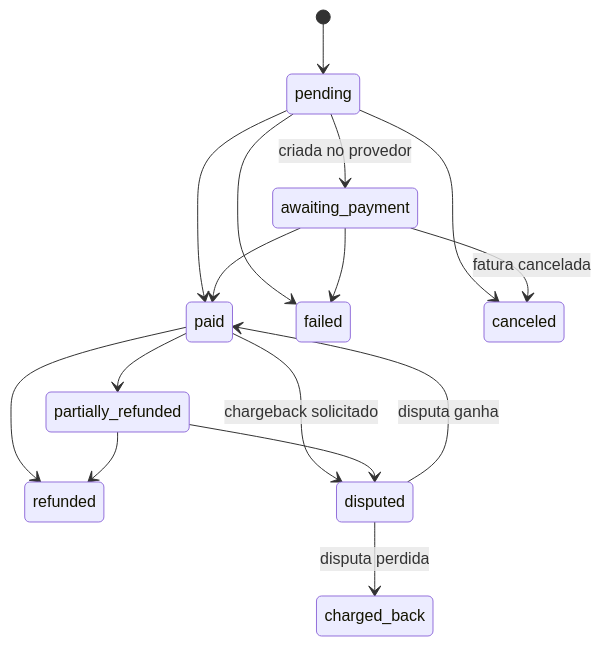
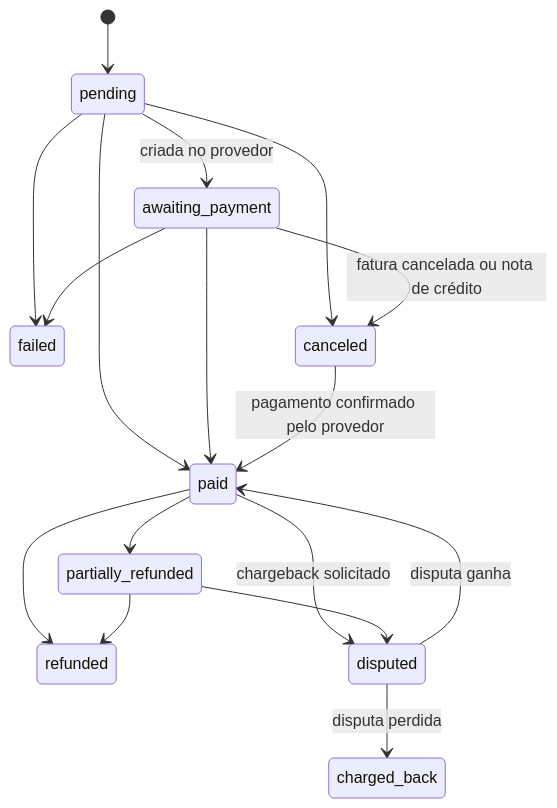
One commit to ricartefelipe/recorvia changed the fifth of 6 diagrams in docs/arquitetura/maquinas-de-estado.md. Above: the diagram before and after it, drawn with Mermaid. The commit also changed other lines of this file and 56 other files, not shown here.

````diff
--- a/docs/arquitetura/maquinas-de-estado.md
+++ b/docs/arquitetura/maquinas-de-estado.md
@@ -77,18 +80,19 @@
 ```mermaid
 stateDiagram-v2
   [*] --> pending
   pending --> awaiting_payment: criada no provedor
   pending --> paid
   pending --> failed
   pending --> canceled
   awaiting_payment --> paid
   awaiting_payment --> failed
-  awaiting_payment --> canceled: fatura cancelada
+  awaiting_payment --> canceled: fatura cancelada ou nota de crédito
+  canceled --> paid: pagamento confirmado pelo provedor
   paid --> partially_refunded
   paid --> refunded
   paid --> disputed: chargeback solicitado
   partially_refunded --> refunded
   partially_refunded --> disputed
   disputed --> paid: disputa ganha
   disputed --> charged_back: disputa perdida
 ```
````
